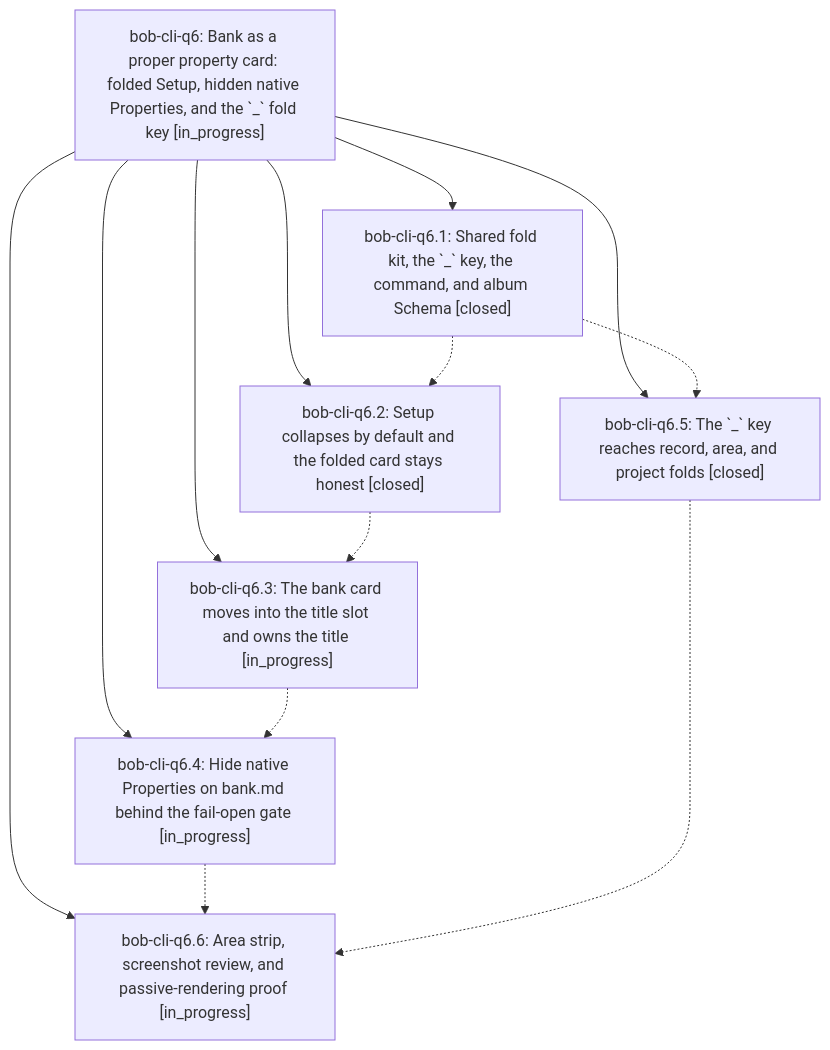
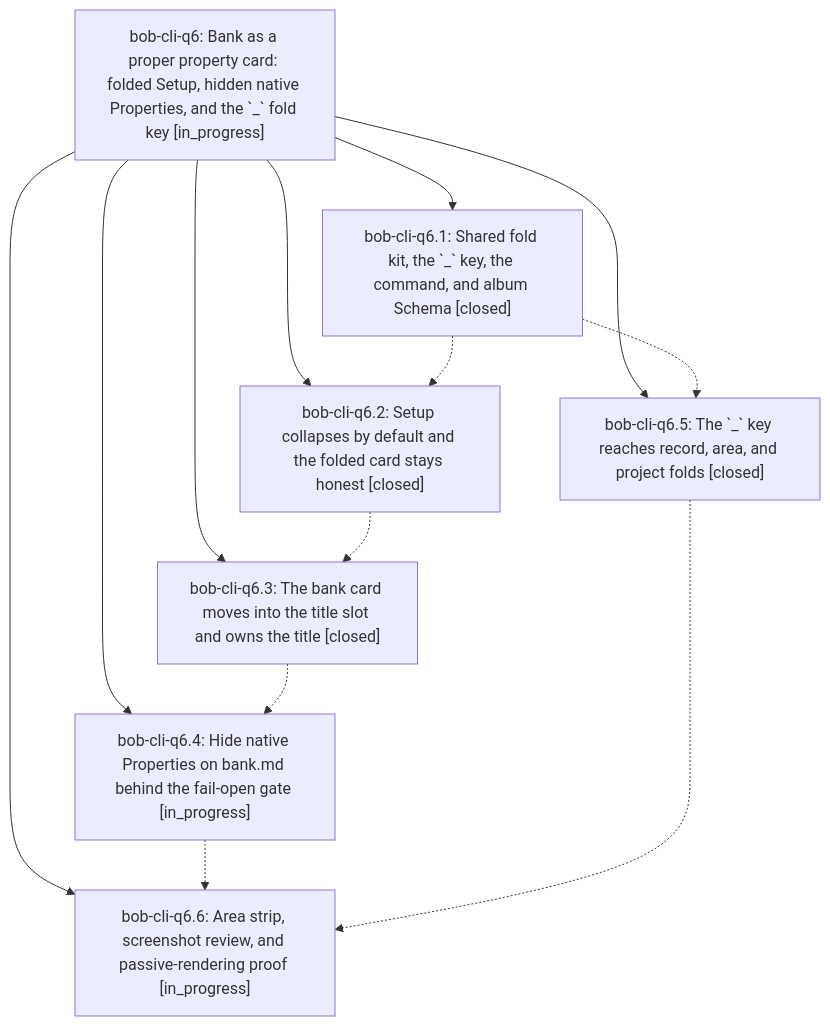
The diagram in pages/bob-cli-q6/README.md (bobs-org/bob-cli--beads), drawn with Mermaid before and after one commit. The commit also changed other lines of this file and 4 other files, not shown here.

First line of the commit message:
chore(beads): sync bead state and pages for bob-cli-q6

````diff
--- a/pages/bob-cli-q6/README.md
+++ b/pages/bob-cli-q6/README.md
@@ -39,22 +39,22 @@
 ```mermaid
 flowchart TD
     n0["bob-cli-q6: Bank as a proper property card: folded Setup, hidden native Properties, and the `_` fold key [in_progress]"]
     n1["bob-cli-q6.1: Shared fold kit, the `_` key, the command, and album Schema [closed]"]
     n2["bob-cli-q6.2: Setup collapses by default and the folded card stays honest [closed]"]
-    n3["bob-cli-q6.3: The bank card moves into the title slot and owns the title [in_progress]"]
+    n3["bob-cli-q6.3: The bank card moves into the title slot and owns the title [closed]"]
     n4["bob-cli-q6.4: Hide native Properties on bank.md behind the fail-open gate [in_progress]"]
     n5["bob-cli-q6.5: The `_` key reaches record, area, and project folds [closed]"]
     n6["bob-cli-q6.6: Area strip, screenshot review, and passive-rendering proof [in_progress]"]
     n0 --> n1
     n0 --> n2
     n0 --> n3
     n0 --> n4
     n0 --> n5
     n0 --> n6
     n1 -.-> n2
     n1 -.-> n5
     n2 -.-> n3
     n3 -.-> n4
     n4 -.-> n6
     n5 -.-> n6
 ```
````
